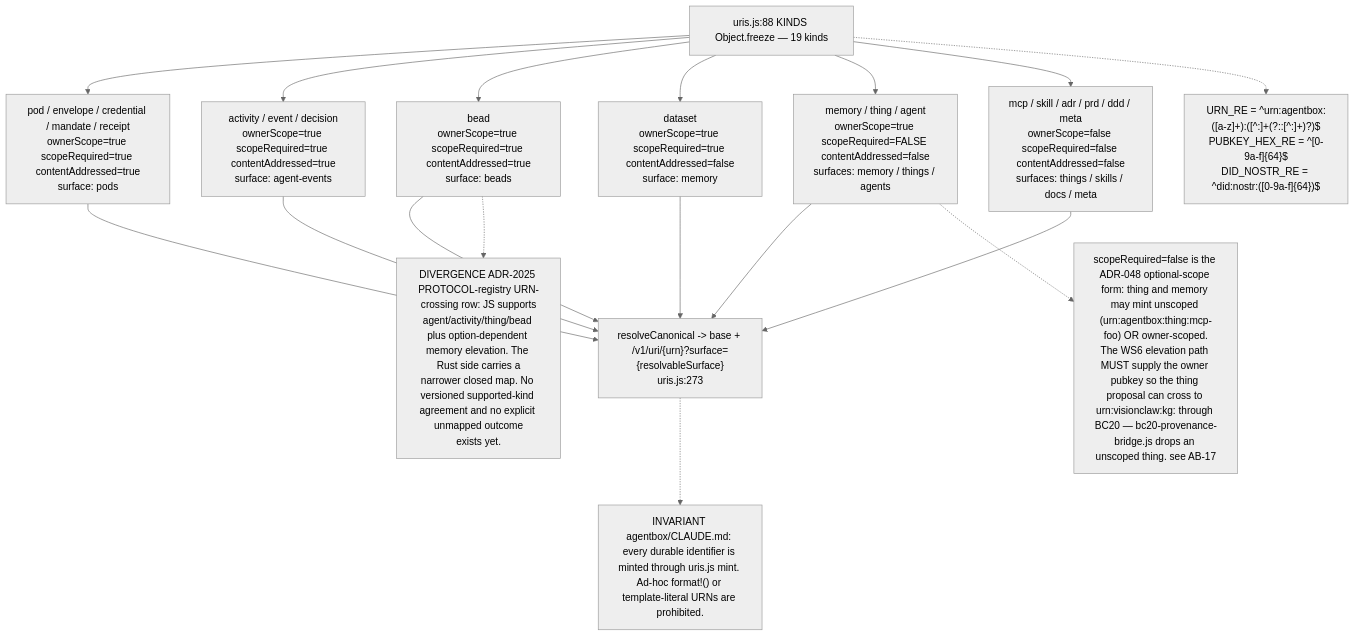
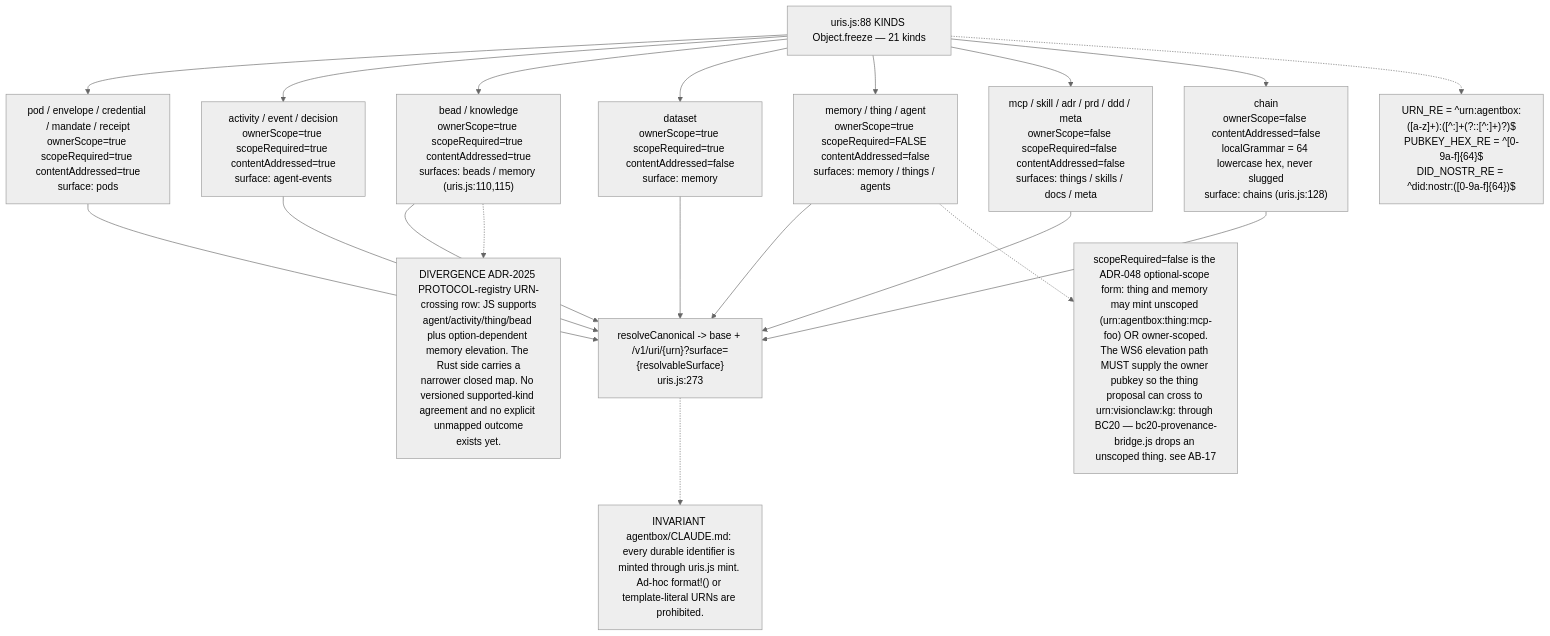
One commit to DreamLab-AI/VisionFlow changed the fourth of 16 diagrams in docs/diagrams/agentbox/11-identity-did-mandate-authority.md. Above: the diagram before and after it, drawn with Mermaid (neutral theme). The commit also changed other lines of this file and 173 other files, not shown here.

````diff
--- a/docs/diagrams/agentbox/11-identity-did-mandate-authority.md
+++ b/docs/diagrams/agentbox/11-identity-did-mandate-authority.md
@@ -187,20 +191,22 @@
 ```mermaid
 flowchart TB
-    K["uris.js:88 KINDS Object.freeze — 19 kinds"]
+    K["uris.js:88 KINDS Object.freeze — 21 kinds"]
     K --> POD["pod / envelope / credential / mandate / receipt<br/>ownerScope=true scopeRequired=true contentAddressed=true<br/>surface: pods"]
     K --> ACT["activity / event / decision<br/>ownerScope=true scopeRequired=true contentAddressed=true<br/>surface: agent-events"]
-    K --> BEAD["bead<br/>ownerScope=true scopeRequired=true contentAddressed=true<br/>surface: beads"]
+    K --> BEAD["bead / knowledge<br/>ownerScope=true scopeRequired=true contentAddressed=true<br/>surfaces: beads / memory (uris.js:110,115)"]
     K --> DSET["dataset<br/>ownerScope=true scopeRequired=true contentAddressed=false<br/>surface: memory"]
     K --> OPT["memory / thing / agent<br/>ownerScope=true scopeRequired=FALSE contentAddressed=false<br/>surfaces: memory / things / agents"]
     K --> UNS["mcp / skill / adr / prd / ddd / meta<br/>ownerScope=false scopeRequired=false contentAddressed=false<br/>surfaces: things / skills / docs / meta"]
+    K --> CHN["chain<br/>ownerScope=false contentAddressed=false<br/>localGrammar = 64 lowercase hex, never slugged<br/>surface: chains (uris.js:128)"]
     POD --> R["resolveCanonical -> base + /v1/uri/{urn}?surface={resolvableSurface}<br/>uris.js:273"]
     ACT --> R
     BEAD --> R
     DSET --> R
     OPT --> R
     UNS --> R
+    CHN --> R
     K -.-> RE["URN_RE = ^urn:agentbox:([a-z]+):([^:]+(?::[^:]+)?)$<br/>PUBKEY_HEX_RE = ^[0-9a-f]{64}$<br/>DID_NOSTR_RE = ^did:nostr:([0-9a-f]{64})$"]
     R -.-> N1["INVARIANT agentbox/CLAUDE.md: every durable identifier is minted through uris.js mint. Ad-hoc format!() or template-literal URNs are prohibited."]
     OPT -.-> N2["scopeRequired=false is the ADR-048 optional-scope form: thing and memory may mint unscoped (urn:agentbox:thing:mcp-foo) OR owner-scoped.<br/>The WS6 elevation path MUST supply the owner pubkey so the thing proposal can cross to urn:visionclaw:kg:<pubkey> through BC20 — bc20-provenance-bridge.js drops an unscoped thing. see AB-17"]
 BEAD -.-> N3["DIVERGENCE ADR-2025 PROTOCOL-registry URN-crossing row: JS supports<br/>agent/activity/thing/bead plus option-dependent memory elevation. The Rust side carries a<br/>narrower closed map. No versioned supported-kind agreement and no explicit unmapped outcome<br/>exists yet."]
 ```
````
